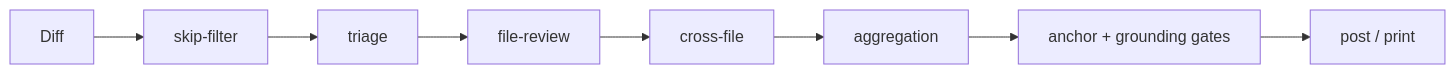
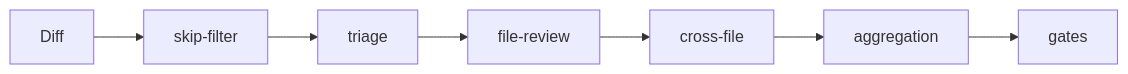
Before and after one commit to Verqen/ai-reviewer: the second of 2 diagrams in README.md, drawn with Mermaid. The commit also changed other lines of this file and 3 other files, not shown here.

````diff
--- a/README.md
+++ b/README.md
@@ -29,10 +40,9 @@
 ```mermaid
 flowchart LR
   D[Diff] --> S[skip-filter]
   S --> T[triage]
   T --> F[file-review]
   F --> X[cross-file]
   X --> A[aggregation]
-  A --> G[anchor + grounding gates]
-  G --> P[post / print]
+  A --> G[gates]
 ```
````
